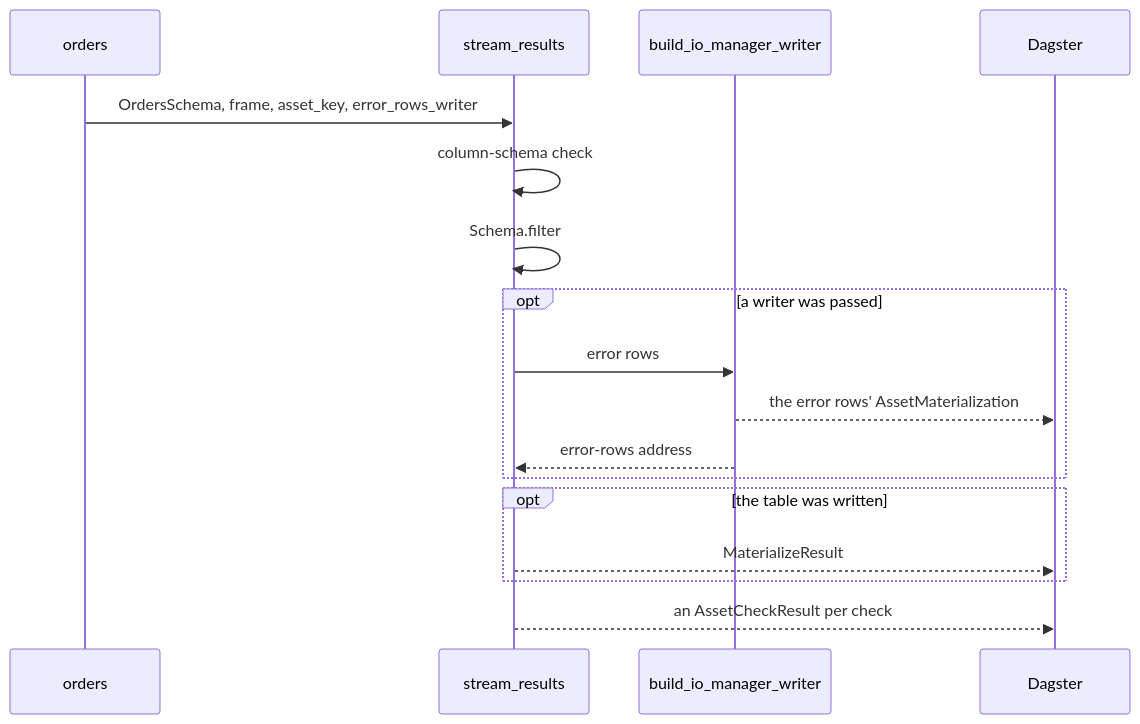
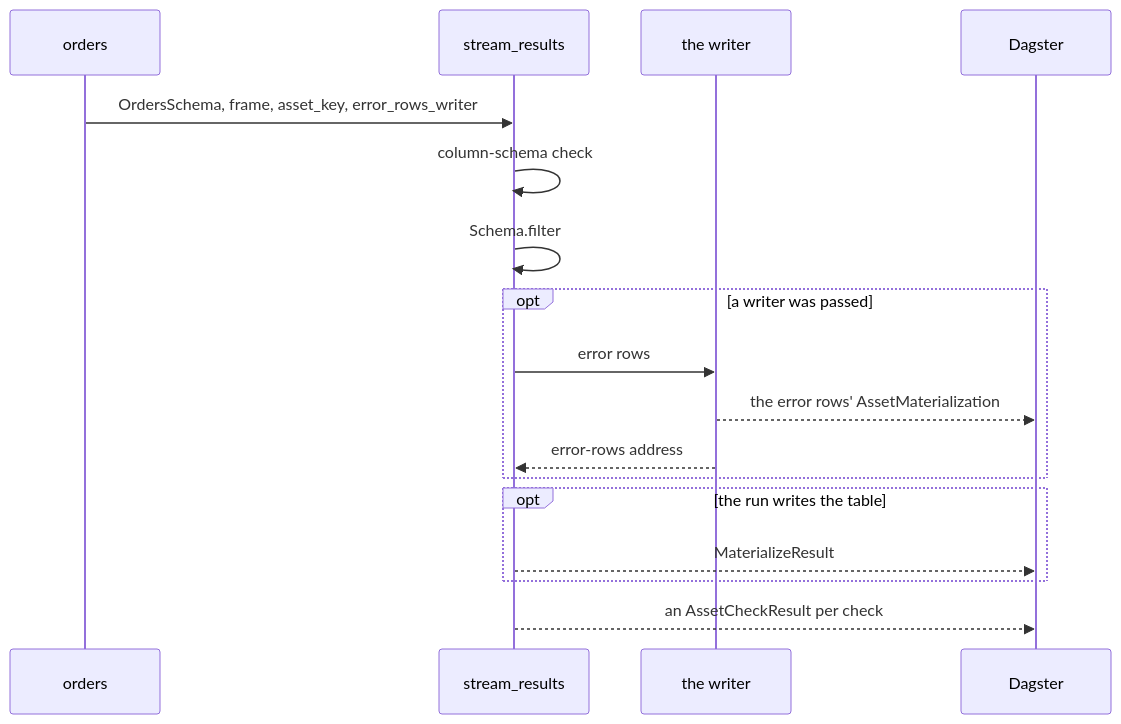
Before and after one commit to ozanozbeker/dagster-dataframely: the second of 2 diagrams in user_guide/hand-wiring.qmd, drawn with Mermaid. The commit also changed other lines of this file and 31 other files, not shown here.

````diff
--- a/user_guide/hand-wiring.qmd
+++ b/user_guide/hand-wiring.qmd
@@ -165,20 +172,20 @@
 ```{mermaid}
 %%| label: hand-wiring-sequence
 sequenceDiagram
     participant A as orders
     participant V as stream_results
-    participant W as build_io_manager_writer
+    participant W as the writer
     participant D as Dagster
     A->>V: OrdersSchema, frame, asset_key, error_rows_writer
     V->>V: column-schema check
     V->>V: Schema.filter
     opt a writer was passed
         V->>W: error rows
         W-->>D: the error rows' AssetMaterialization
         W-->>V: error-rows address
     end
-    opt the table was written
+    opt the run writes the table
         V-->>D: MaterializeResult
     end
     V-->>D: an AssetCheckResult per check
 ```
````
